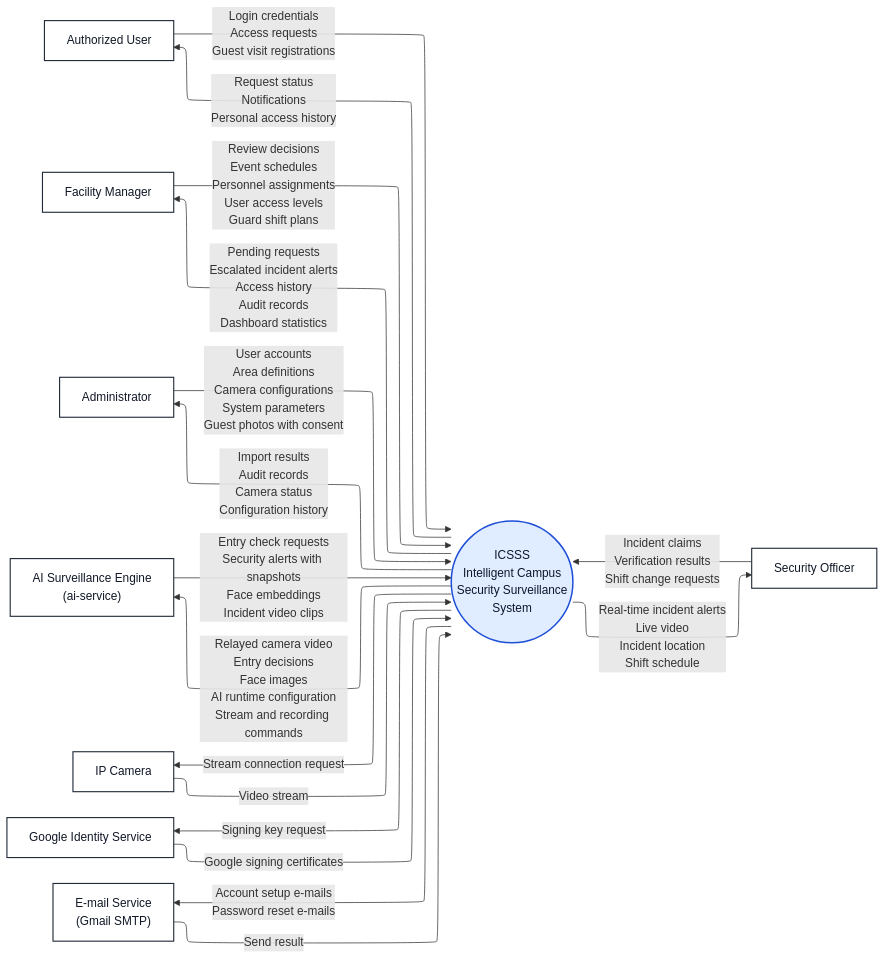
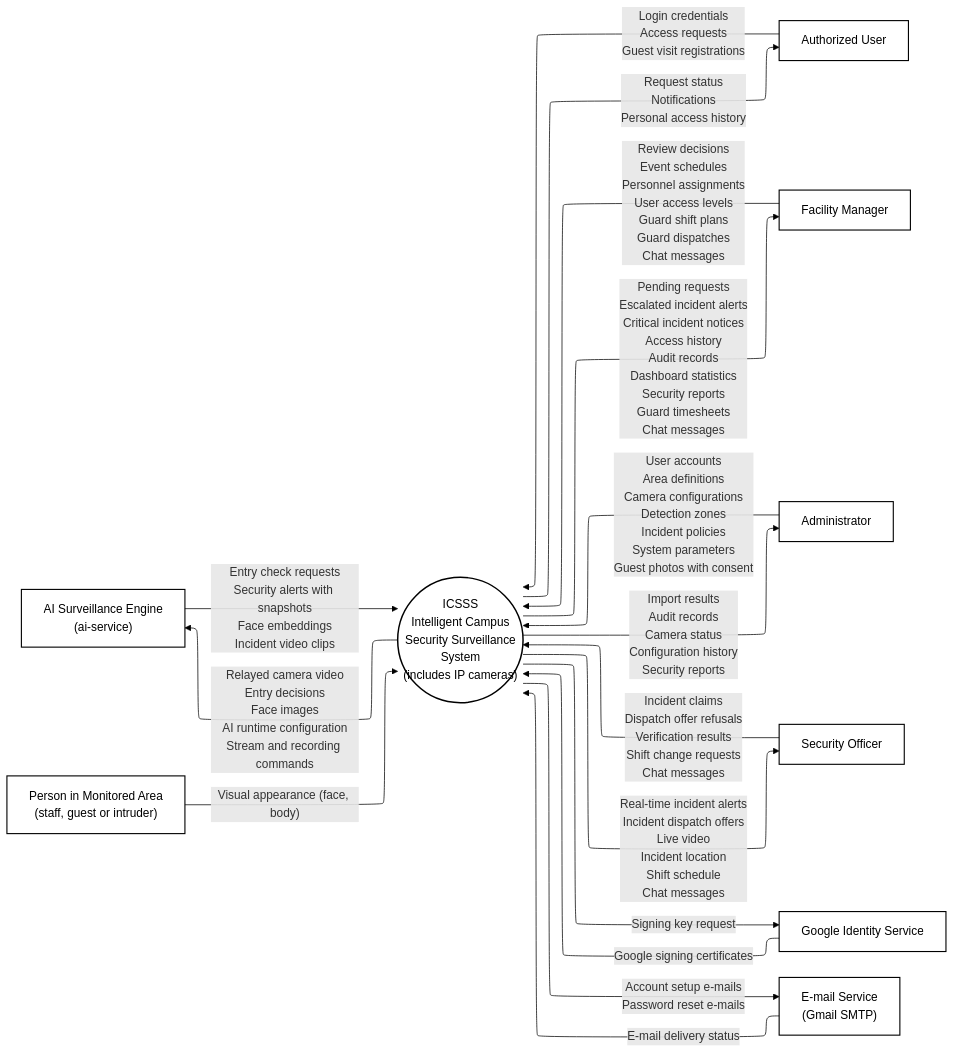
The diagram in docs/diagrams/context-diagram.mmd (AnhHao2505/AI-Based-Intelligent-Campus-Security-Surveillance-System), drawn with Mermaid before and after one commit. The commit also changed 4 other files, not shown here.

Commit message:
Docs/diagrams uc41 49 (#271)

```diff
--- a/docs/diagrams/context-diagram.mmd
+++ b/docs/diagrams/context-diagram.mmd
@@ -1,44 +1,44 @@
 ---
 config:
   layout: elk
 ---
-%% Title: CTX-01 Context diagram of ICSSS (level 0) · Source: controller/*.java (@PreAuthorize roles), security/GoogleTokenVerifier.java, service/NotificationService.java (JavaMailSender, Gmail SMTP), service/CameraConnectionService.java and MediaMtxService.java (RTSP), mobile/lib (Security Officer app) · Updated 2026-10-27 (main @ b3e5ce6): AI Surveillance Engine drawn as an external entity (decision Q-2), ai-service/src/core/face_matcher.py (check-entry), ai-service/src/integration/kafka_producer.py (alerts), FaceDataService (face embeddings), CameraStreamLifecycleService (stream start/stop via MediaMTX), InternalAiController (runtime config) · Updated 2026-10-28: Google Drive (planned, not in code) removed
+%% Title: CTX-01 Context diagram of ICSSS (level 0) · Source: controller/*.java (@PreAuthorize roles), security/GoogleTokenVerifier.java, service/NotificationService.java (JavaMailSender, Gmail SMTP), service/CameraConnectionService.java and MediaMtxService.java (RTSP), mobile/lib (Security Officer app) · Updated 2026-10-27 (main @ b3e5ce6): AI Surveillance Engine drawn as an external entity (decision Q-2), ai-service/src/core/face_matcher.py (check-entry), ai-service/src/integration/kafka_producer.py (alerts), FaceDataService (face embeddings), CameraStreamLifecycleService (stream start/stop via MediaMTX), InternalAiController (runtime config) · Updated 2026-10-28: Google Drive (planned, not in code) removed · Updated 2026-11-19: black and white, noun labels, IP cameras inside the system, flows of UC-41..UC-49 added
 %% Notation: the system is one circle; every external entity is a separate rectangle; every flow is labelled with a noun (data, not an action).
 flowchart LR
     AU["Authorized User"]
     FM["Facility Manager"]
     AD["Administrator"]
     SO["Security Officer"]
 
-    SYS(("ICSSS<br/>Intelligent Campus<br/>Security Surveillance<br/>System"))
+    SYS(("ICSSS<br/>Intelligent Campus<br/>Security Surveillance<br/>System<br/>(includes IP cameras)"))
 
     AIE["AI Surveillance Engine<br/>(ai-service)"]
-    CAM["IP Camera"]
+    PMA["Person in Monitored Area<br/>(staff, guest or intruder)"]
     GID["Google Identity Service"]
     SMTP["E-mail Service<br/>(Gmail SMTP)"]
 
     AU -->|"Login credentials<br/>Access requests<br/>Guest visit registrations"| SYS
-    FM -->|"Review decisions<br/>Event schedules<br/>Personnel assignments<br/>User access levels<br/>Guard shift plans"| SYS
-    AD -->|"User accounts<br/>Area definitions<br/>Camera configurations<br/>System parameters<br/>Guest photos with consent"| SYS
-    SO -->|"Incident claims<br/>Verification results<br/>Shift change requests"| SYS
+    FM -->|"Review decisions<br/>Event schedules<br/>Personnel assignments<br/>User access levels<br/>Guard shift plans<br/>Guard dispatches<br/>Chat messages"| SYS
+    AD -->|"User accounts<br/>Area definitions<br/>Camera configurations<br/>Detection zones<br/>Incident policies<br/>System parameters<br/>Guest photos with consent"| SYS
+    SO -->|"Incident claims<br/>Dispatch offer refusals<br/>Verification results<br/>Shift change requests<br/>Chat messages"| SYS
 
     SYS -->|"Request status<br/>Notifications<br/>Personal access history"| AU
-    SYS -->|"Pending requests<br/>Escalated incident alerts<br/>Access history<br/>Audit records<br/>Dashboard statistics"| FM
-    SYS -->|"Import results<br/>Audit records<br/>Camera status<br/>Configuration history"| AD
-    SYS -->|"Real-time incident alerts<br/>Live video<br/>Incident location<br/>Shift schedule"| SO
+    SYS -->|"Pending requests<br/>Escalated incident alerts<br/>Critical incident notices<br/>Access history<br/>Audit records<br/>Dashboard statistics<br/>Security reports<br/>Guard timesheets<br/>Chat messages"| FM
+    SYS -->|"Import results<br/>Audit records<br/>Camera status<br/>Configuration history<br/>Security reports"| AD
+    SYS -->|"Real-time incident alerts<br/>Incident dispatch offers<br/>Live video<br/>Incident location<br/>Shift schedule<br/>Chat messages"| SO
 
     AIE -->|"Entry check requests<br/>Security alerts with snapshots<br/>Face embeddings<br/>Incident video clips"| SYS
     SYS -->|"Relayed camera video<br/>Entry decisions<br/>Face images<br/>AI runtime configuration<br/>Stream and recording commands"| AIE
 
-    SYS -->|"Stream connection request"| CAM
-    CAM -->|"Video stream"| SYS
+    PMA -->|"Visual appearance (face, body)"| SYS
     SYS -->|"Signing key request"| GID
     GID -->|"Google signing certificates"| SYS
     SYS -->|"Account setup e-mails<br/>Password reset e-mails"| SMTP
-    SMTP -->|"Send result"| SYS
+    SMTP -->|"E-mail delivery status"| SYS
 
 
-    classDef ext fill:#ffffff,stroke:#1f2937,stroke-width:1.5px,color:#111827
-    classDef sys fill:#e0ecff,stroke:#1d4ed8,stroke-width:2px,color:#0f172a
-    class AU,FM,AD,SO,AIE,CAM,GID,SMTP ext
+    classDef ext fill:#ffffff,stroke:#000000,stroke-width:1.5px,color:#000000
+    classDef sys fill:#ffffff,stroke:#000000,stroke-width:2px,color:#000000
+    class AU,FM,AD,SO,AIE,PMA,GID,SMTP ext
+    linkStyle default stroke:#000000
     class SYS sys
```
